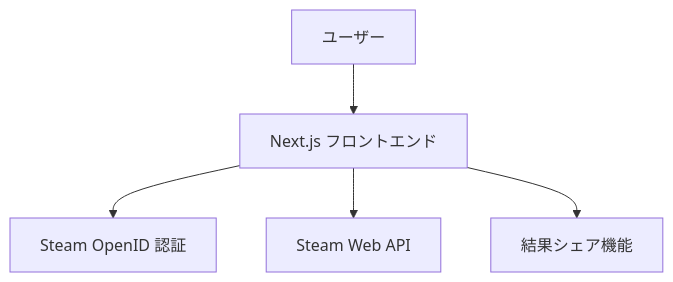
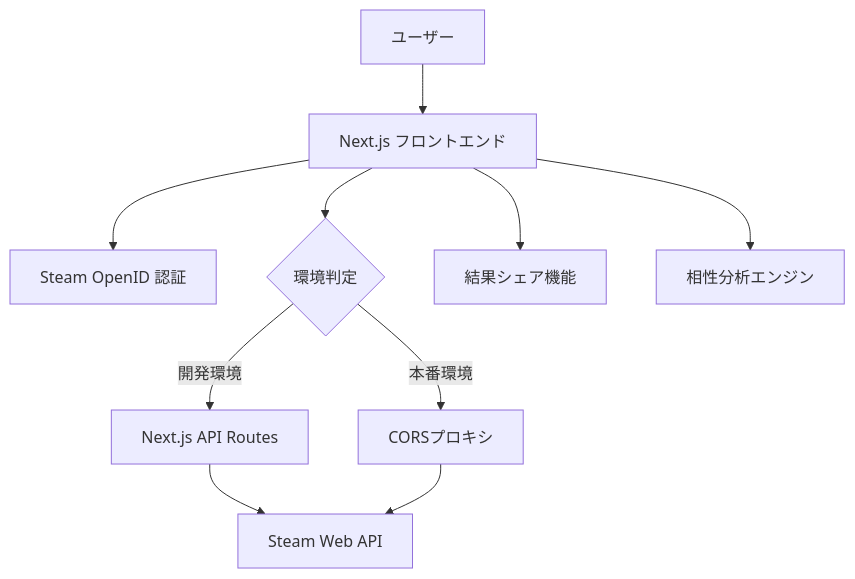
One commit to void2610/steam-compatibility-checker changed the diagram in .kiro/specs/steam-compatibility-checker/design.md. Above: the diagram before and after it, drawn with Mermaid. The commit also changed other lines of this file and 16 other files, not shown here.

````diff
--- a/.kiro/specs/steam-compatibility-checker/design.md
+++ b/.kiro/specs/steam-compatibility-checker/design.md
@@ -11,7 +11,12 @@
 ```mermaid
 graph TB
     A[ユーザー] --> B[Next.js フロントエンド]
     B --> C[Steam OpenID 認証]
-    B --> D[Steam Web API]
-    B --> E[結果シェア機能]
+    B --> D{環境判定}
+    D -->|開発環境| E[Next.js API Routes]
+    D -->|本番環境| F[CORSプロキシ]
+    E --> G[Steam Web API]
+    F --> G
+    B --> H[結果シェア機能]
+    B --> I[相性分析エンジン]
 ```
````
